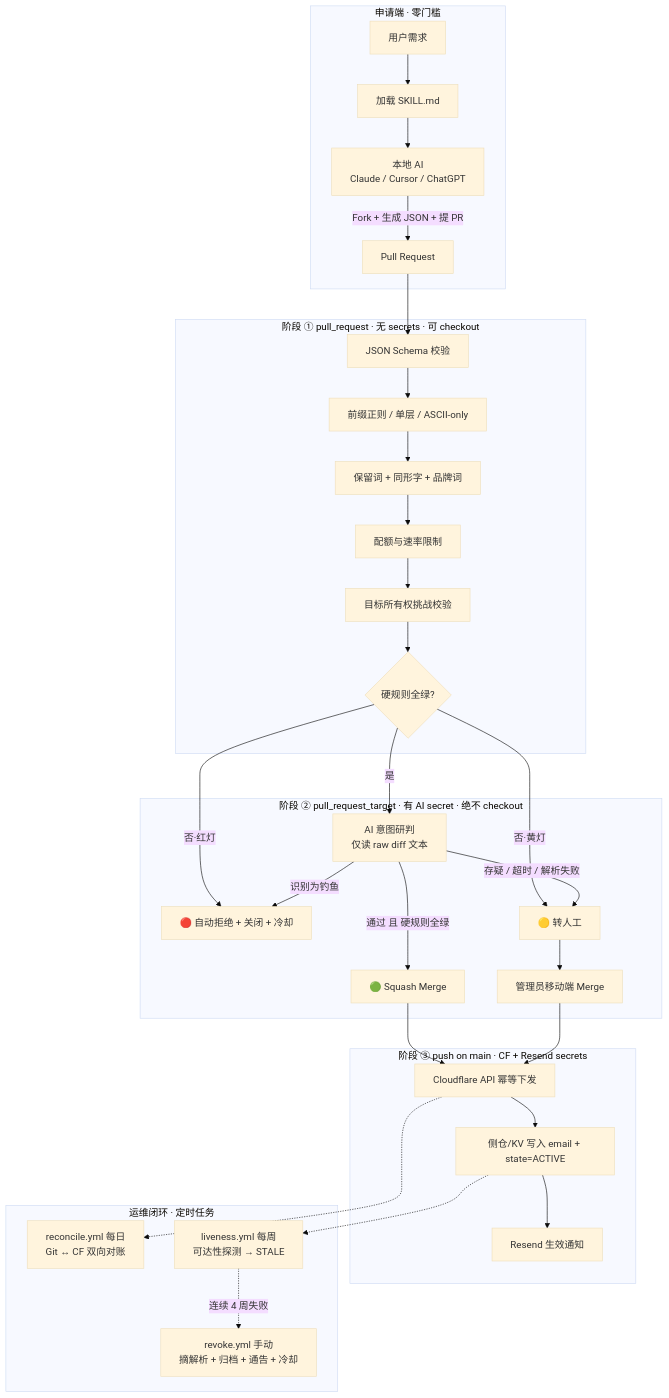
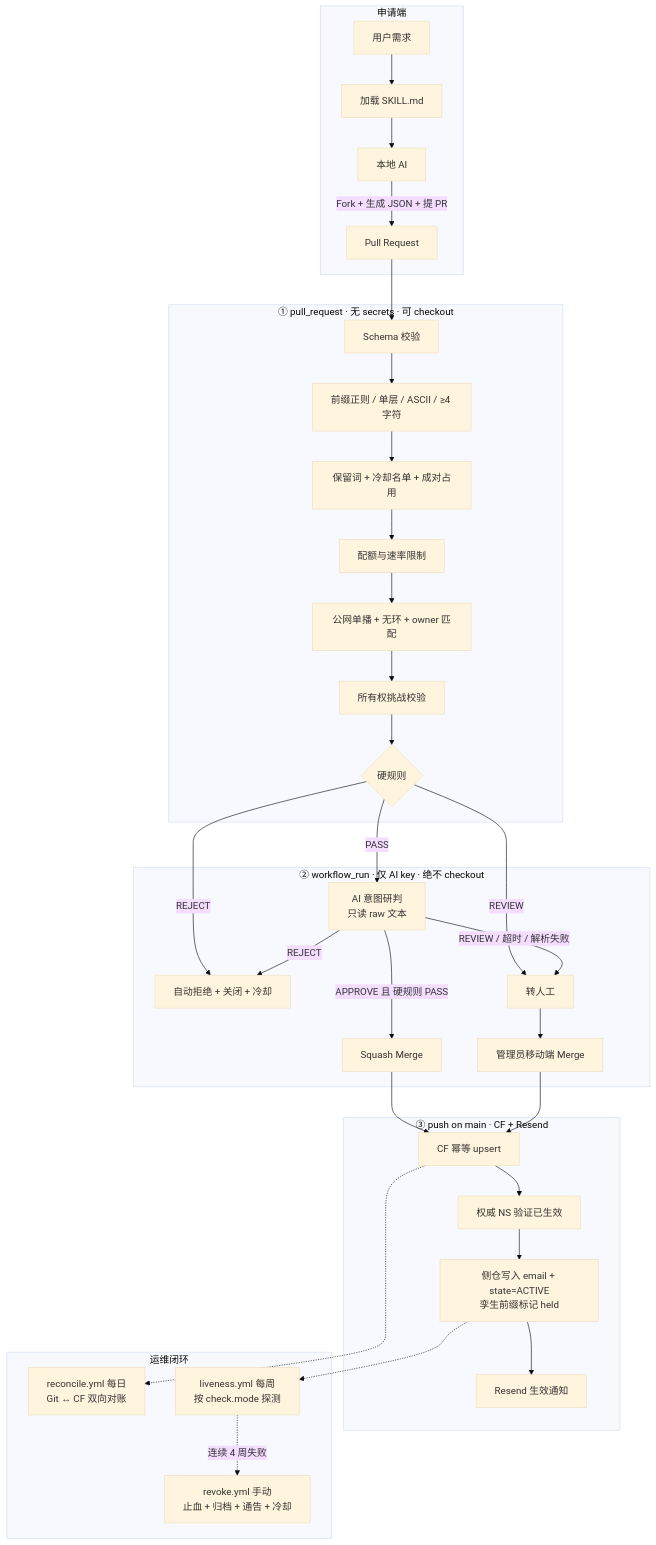
The diagram in docs/PLAN.md (Micah-Zheng/red-domains-register), drawn with Mermaid (base theme) before and after one commit. The commit also changed other lines of this file and 1 other file, not shown here.

````diff
--- a/docs/PLAN.md
+++ b/docs/PLAN.md
@@ -174,44 +163,46 @@
 ```mermaid
 flowchart TD
-    subgraph APP [申请端 · 零门槛]
+    subgraph APP [申请端]
         U[用户需求] --> S[加载 SKILL.md]
-        S --> AG[本地 AI<br/>Claude / Cursor / ChatGPT]
+        S --> AG[本地 AI]
         AG -->|Fork + 生成 JSON + 提 PR| PR[Pull Request]
     end
 
-    subgraph P1 ["阶段 ① pull_request · 无 secrets · 可 checkout"]
-        PR --> V1[JSON Schema 校验]
-        V1 --> V2[前缀正则 / 单层 / ASCII-only]
-        V2 --> V3[保留词 + 同形字 + 品牌词]
+    subgraph P1 ["① pull_request · 无 secrets · 可 checkout"]
+        PR --> V1[Schema 校验]
+        V1 --> V2["前缀正则 / 单层 / ASCII / ≥4 字符"]
+        V2 --> V3[保留词 + 冷却名单 + 成对占用]
         V3 --> V4[配额与速率限制]
-        V4 --> V5[目标所有权挑战校验]
-        V5 --> GATE{硬规则全绿?}
+        V4 --> V5[公网单播 + 无环 + owner 匹配]
+        V5 --> V6[所有权挑战校验]
+        V6 --> GATE{硬规则}
     end
 
-    subgraph P2 ["阶段 ② pull_request_target · 有 AI secret · 绝不 checkout"]
-        GATE -->|是| AI[AI 意图研判<br/>仅读 raw diff 文本]
-        GATE -->|否·红灯| REJ[🔴 自动拒绝 + 关闭 + 冷却]
-        GATE -->|否·黄灯| MAN[🟡 转人工]
-        AI -->|通过 且 硬规则全绿| OK[🟢 Squash Merge]
-        AI -->|存疑 / 超时 / 解析失败| MAN
-        AI -->|识别为钓鱼| REJ
+    subgraph P2 ["② workflow_run · 仅 AI key · 绝不 checkout"]
+        GATE -->|PASS| AI[AI 意图研判<br/>只读 raw 文本]
+        GATE -->|REJECT| REJ[自动拒绝 + 关闭 + 冷却]
+        GATE -->|REVIEW| MAN[转人工]
+        AI -->|APPROVE 且 硬规则 PASS| OK[Squash Merge]
+        AI -->|REVIEW / 超时 / 解析失败| MAN
+        AI -->|REJECT| REJ
         MAN --> HM[管理员移动端 Merge]
     end
 
-    subgraph P3 ["阶段 ③ push on main · CF + Resend secrets"]
-        OK --> SYNC[Cloudflare API 幂等下发]
+    subgraph P3 ["③ push on main · CF + Resend"]
+        OK --> SYNC[CF 幂等 upsert]
         HM --> SYNC
-        SYNC --> KV[侧仓/KV 写入 email + state=ACTIVE]
+        SYNC --> VERIFY[权威 NS 验证已生效]
+        VERIFY --> KV["侧仓写入 email + state=ACTIVE<br/>孪生前缀标记 held"]
         KV --> MAIL[Resend 生效通知]
     end
 
-    subgraph OPS [运维闭环 · 定时任务]
+    subgraph OPS [运维闭环]
         REC[reconcile.yml 每日<br/>Git ↔ CF 双向对账]
-        LIV[liveness.yml 每周<br/>可达性探测 → STALE]
-        REV[revoke.yml 手动<br/>摘解析 + 归档 + 通告 + 冷却]
+        LIV[liveness.yml 每周<br/>按 check.mode 探测]
+        REV[revoke.yml 手动<br/>止血 + 归档 + 通告 + 冷却]
     end
 
     SYNC -.-> REC
     KV -.-> LIV
     LIV -.->|连续 4 周失败| REV
 ```
````
